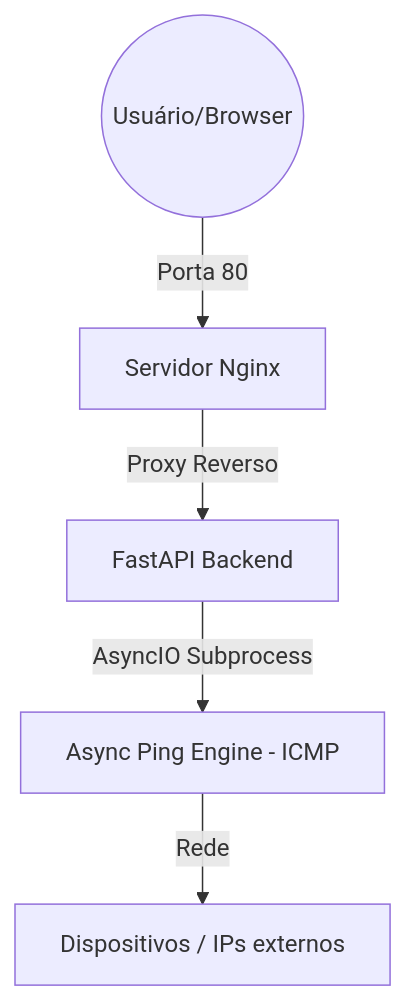
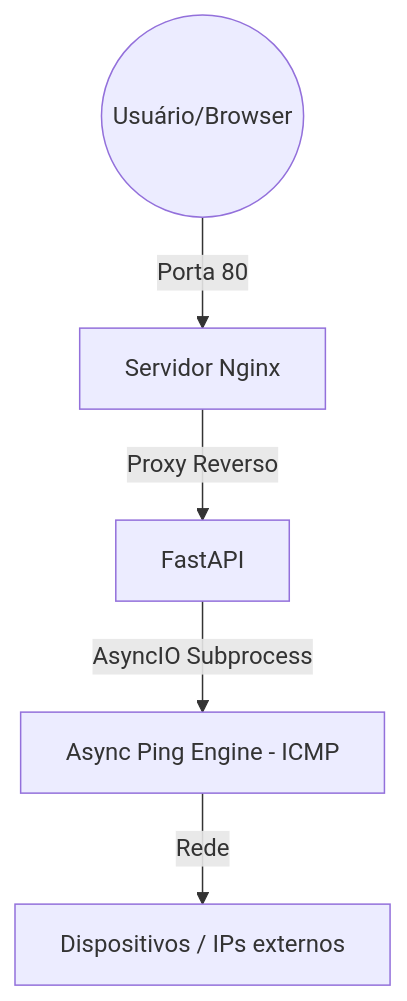
The diagram in README.md (caiorferraz/monitor-262), drawn with Mermaid before and after one commit. The commit also changed other lines of this file and 1 other file, not shown here.

````diff
--- a/README.md
+++ b/README.md
@@ -27,7 +27,7 @@
 ```mermaid
 graph TD
     User((Usuário/Browser)) -->|Porta 80| Nginx[Servidor Nginx]
-    Nginx -->|Proxy Reverso| API[FastAPI Backend]
+    Nginx -->|Proxy Reverso| API[FastAPI]
     API -->|AsyncIO Subprocess| Engine[Async Ping Engine - ICMP]
     Engine -->|Rede| Alvos[Dispositivos / IPs externos]
 ```
````
